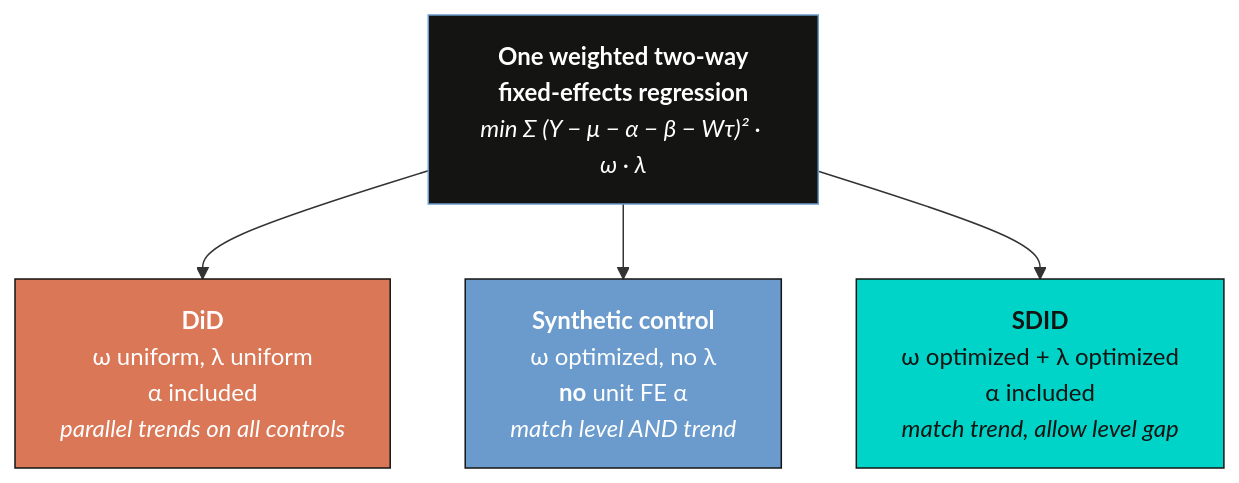
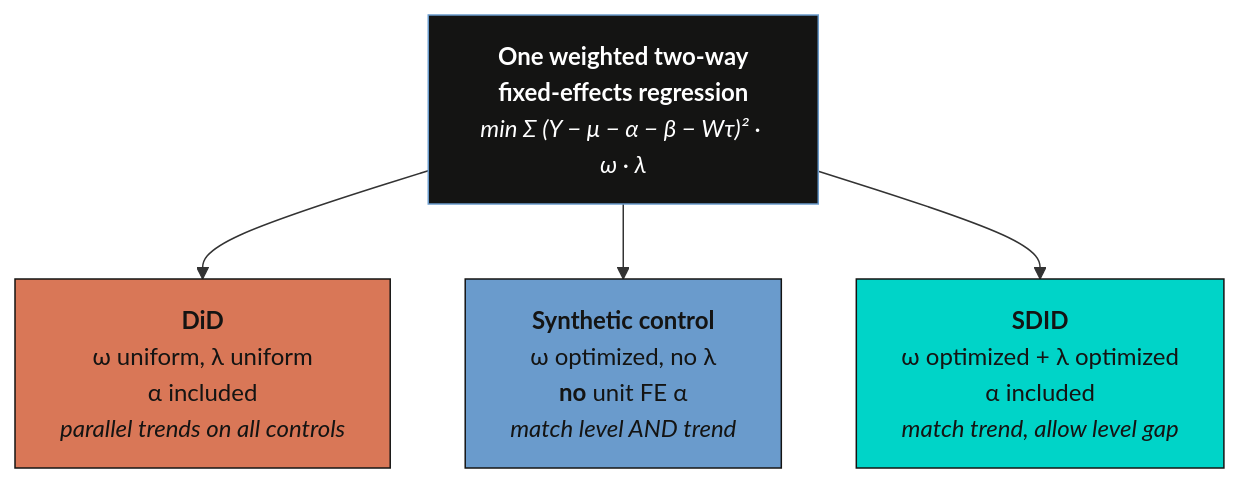
The second of 3 diagrams in content/post/stata_sdid/index.md (cmg777/starter-academic-v501), drawn with Mermaid before and after one commit. The commit also changed other lines of this file and 67 other files, not shown here.

First line of the commit message:
fix(mermaid): readable diagram text in both themes across the site

````diff
--- a/content/post/stata_sdid/index.md
+++ b/content/post/stata_sdid/index.md
@@ -241,11 +241,11 @@
 ```mermaid
 graph TD
     OBJ["<b>One weighted two-way<br/>fixed-effects regression</b><br/><i>min Σ (Y − μ − α − β − Wτ)² · ω · λ</i>"]
     OBJ --> DID["<b>DiD</b><br/>ω uniform, λ uniform<br/>α included<br/><i>parallel trends on all controls</i>"]
     OBJ --> SC["<b>Synthetic control</b><br/>ω optimized, no λ<br/><b>no</b> unit FE α<br/><i>match level AND trend</i>"]
     OBJ --> SDID["<b>SDID</b><br/>ω optimized + λ optimized<br/>α included<br/><i>match trend, allow level gap</i>"]
     style OBJ fill:#141413,stroke:#6a9bcc,color:#fff
-    style DID fill:#d97757,stroke:#141413,color:#fff
-    style SC fill:#6a9bcc,stroke:#141413,color:#fff
+    style DID fill:#d97757,stroke:#141413,color:#141413
+    style SC fill:#6a9bcc,stroke:#141413,color:#141413
     style SDID fill:#00d4c8,stroke:#141413,color:#141413
 ```
````
